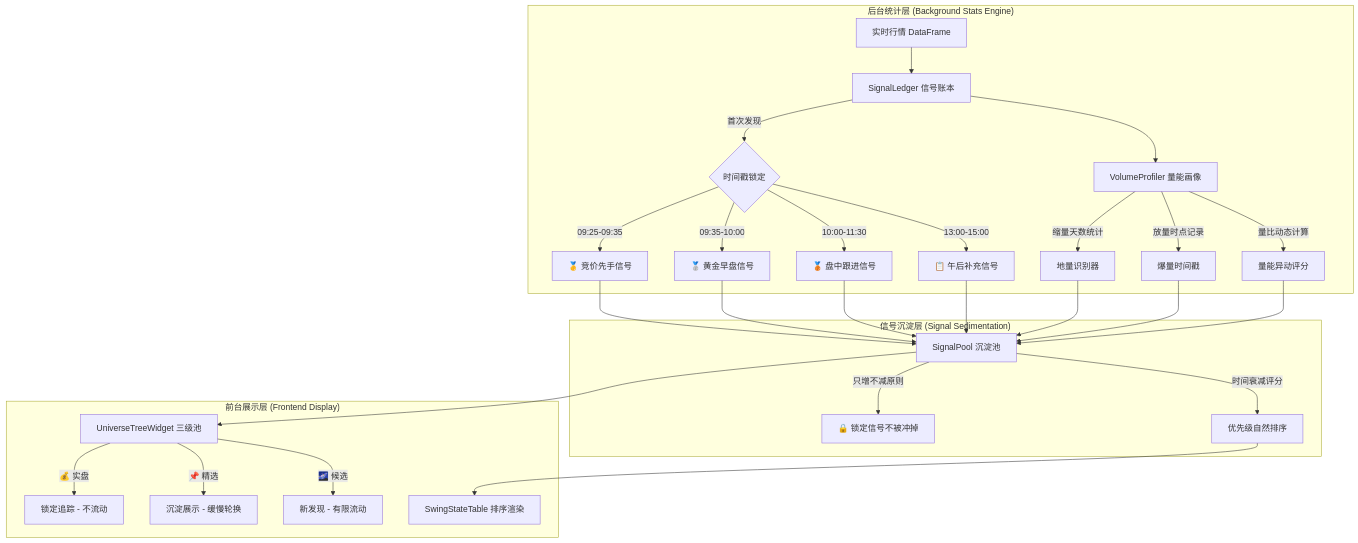
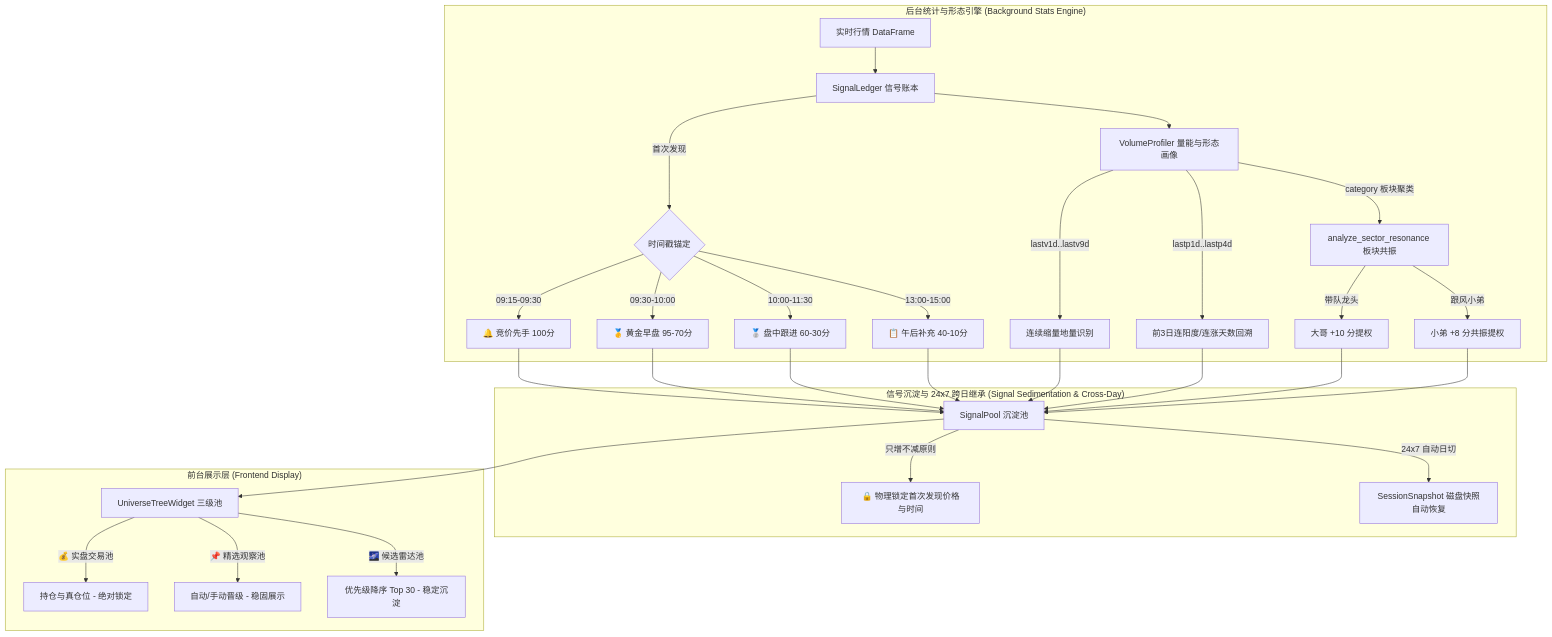
One commit to johnsonhongyi/pyQuant3 changed the diagram in stock_standalone/design/大级别 MA20D回调跟踪器_高性能_后台统计沉淀 + 前台龙头捕捉_架构重构.md. Above: the diagram before and after it, drawn with Mermaid. The commit also changed other lines of this file and 6 other files, not shown here.

````diff
--- a/stock_standalone/design/大级别 MA20D回调跟踪器_高性能_后台统计沉淀 + 前台龙头捕捉_架构重构.md
+++ b/stock_standalone/design/大级别 MA20D回调跟踪器_高性能_后台统计沉淀 + 前台龙头捕捉_架构重构.md
@@ -42,31 +26,32 @@
 ```mermaid
 graph TB
-    subgraph "后台统计层 (Background Stats Engine)"
+    subgraph "后台统计与形态引擎 (Background Stats Engine)"
         A[实时行情 DataFrame] --> B[SignalLedger 信号账本]
-        B --> |首次发现| C{时间戳锁定}
-        C --> |09:25-09:35| D[🥇 竞价先手信号]
-        C --> |09:35-10:00| E[🥈 黄金早盘信号]
-        C --> |10:00-11:30| F[🥉 盘中跟进信号]
-        C --> |13:00-15:00| G[📋 午后补充信号]
+        B --> |首次发现| C{时间戳锚定}
+        C --> |09:15-09:30| D[🔔 竞价先手 100分]
+        C --> |09:30-10:00| E[🥇 黄金早盘 95-70分]
+        C --> |10:00-11:30| F[🥈 盘中跟进 60-30分]
+        C --> |13:00-15:00| G[📋 午后补充 40-10分]
         
-        B --> H[VolumeProfiler 量能画像]
-        H --> |缩量天数统计| I[地量识别器]
-        H --> |放量时点记录| J[爆量时间戳]
-        H --> |量比动态计算| K[量能异动评分]
+        B --> H[VolumeProfiler 量能与形态画像]
+        H --> |lastv1d..lastv9d| I[连续缩量地量识别]
+        H --> |lastp1d..lastp4d| J[前3日连阳度/连涨天数回溯]
+        H --> |category 板块聚类| K[analyze_sector_resonance 板块共振]
+        K --> |带队龙头| K1[大哥 +10 分提权]
+        K --> |跟风小弟| K2[小弟 +8 分共振提权]
     end
     
-    subgraph "信号沉淀层 (Signal Sedimentation)"
+    subgraph "信号沉淀与 24x7 跨日继承 (Signal Sedimentation & Cross-Day)"
         D & E & F & G --> L[SignalPool 沉淀池]
-        L --> |只增不减原则| M[🔒 锁定信号不被冲掉]
-        L --> |时间衰减评分| N[优先级自然排序]
-        I & J & K --> L
+        L --> |只增不减原则| M[🔒 物理锁定首次发现价格与时间]
+        L --> |24x7 自动日切| N[SessionSnapshot 磁盘快照自动恢复]
+        I & J & K1 & K2 --> L
     end
     
     subgraph "前台展示层 (Frontend Display)"
         L --> O[UniverseTreeWidget 三级池]
-        O --> |💰 实盘| P[锁定追踪 - 不流动]
-        O --> |📌 精选| Q[沉淀展示 - 缓慢轮换]
-        O --> |🌌 候选| R[新发现 - 有限流动]
-        N --> S[SwingStateTable 排序渲染]
+        O --> |💰 实盘交易池| P[持仓与真仓位 - 绝对锁定]
+        O --> |📌 精选观察池| Q[自动/手动晋级 - 稳固展示]
+        O --> |🌌 候选雷达池| R[优先级降序 Top 30 - 稳定沉淀]
     end
 ```
````
